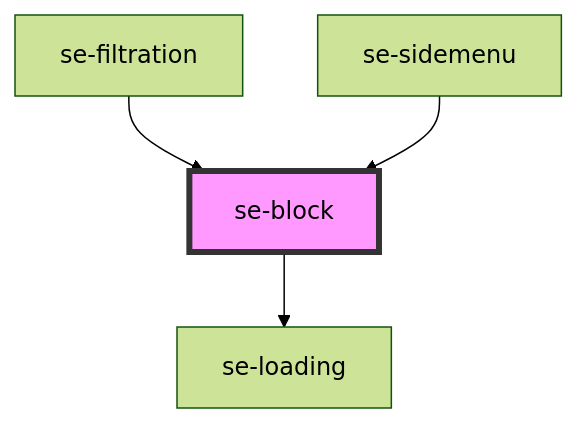
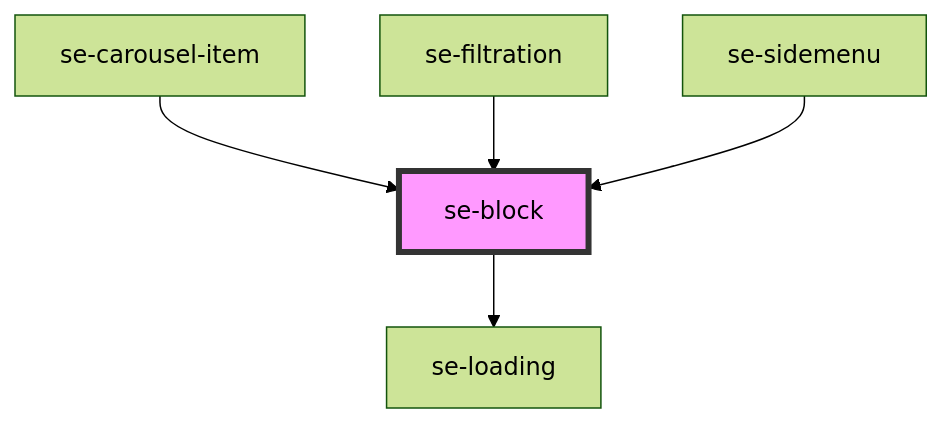
Before and after one commit to robbiemcmullense/se-web-ui: the diagram in libs/core/src/components/block/readme.md, drawn with Mermaid (forest theme). The commit also changed other lines of this file and 27 other files, not shown here.

````diff
--- a/libs/core/src/components/block/readme.md
+++ b/libs/core/src/components/block/readme.md
@@ -38,7 +39,8 @@
 ```mermaid
 graph TD;
   se-block --> se-loading
+  se-carousel-item --> se-block
   se-filtration --> se-block
   se-sidemenu --> se-block
   style se-block fill:#f9f,stroke:#333,stroke-width:4px
 ```
````
